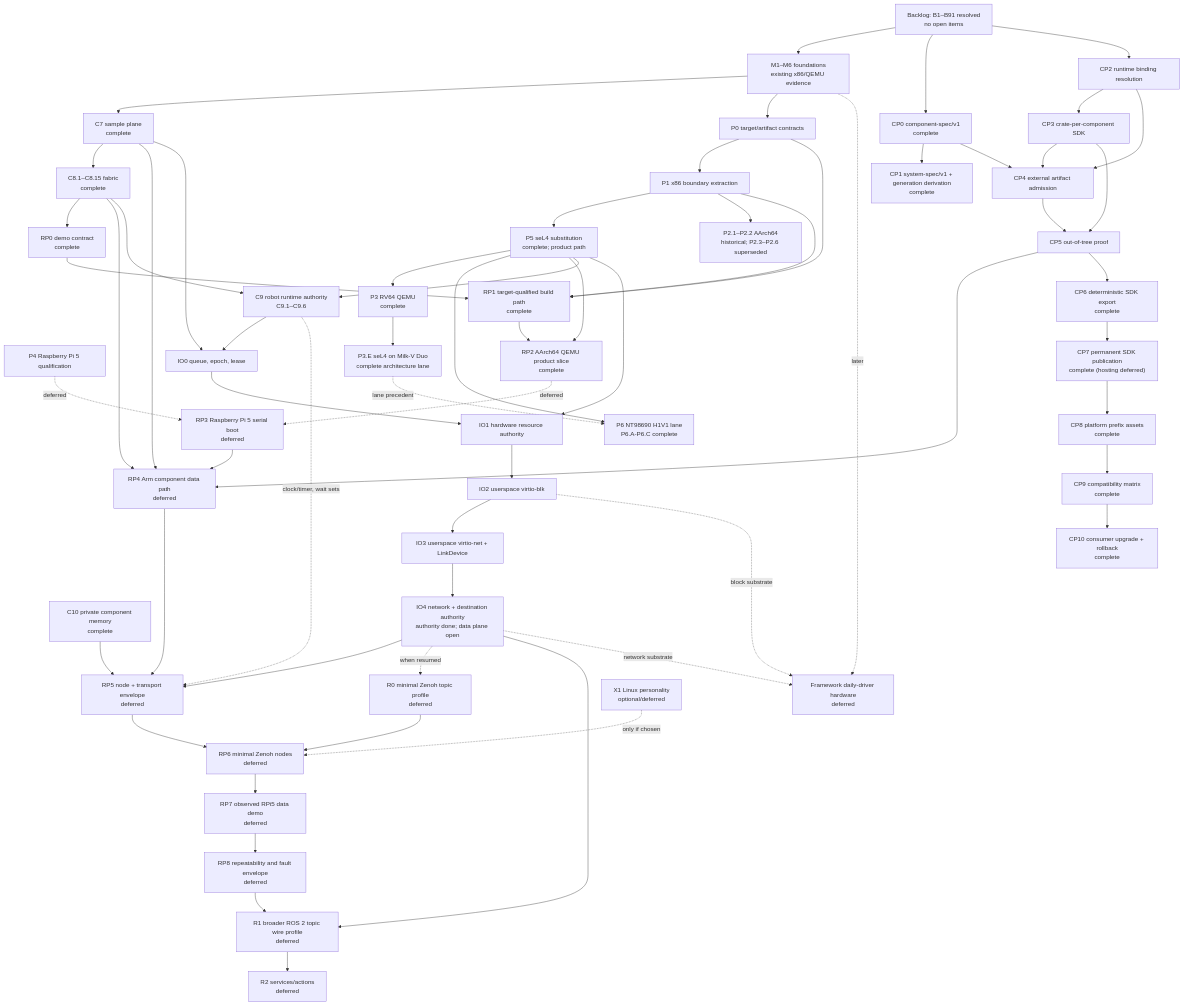
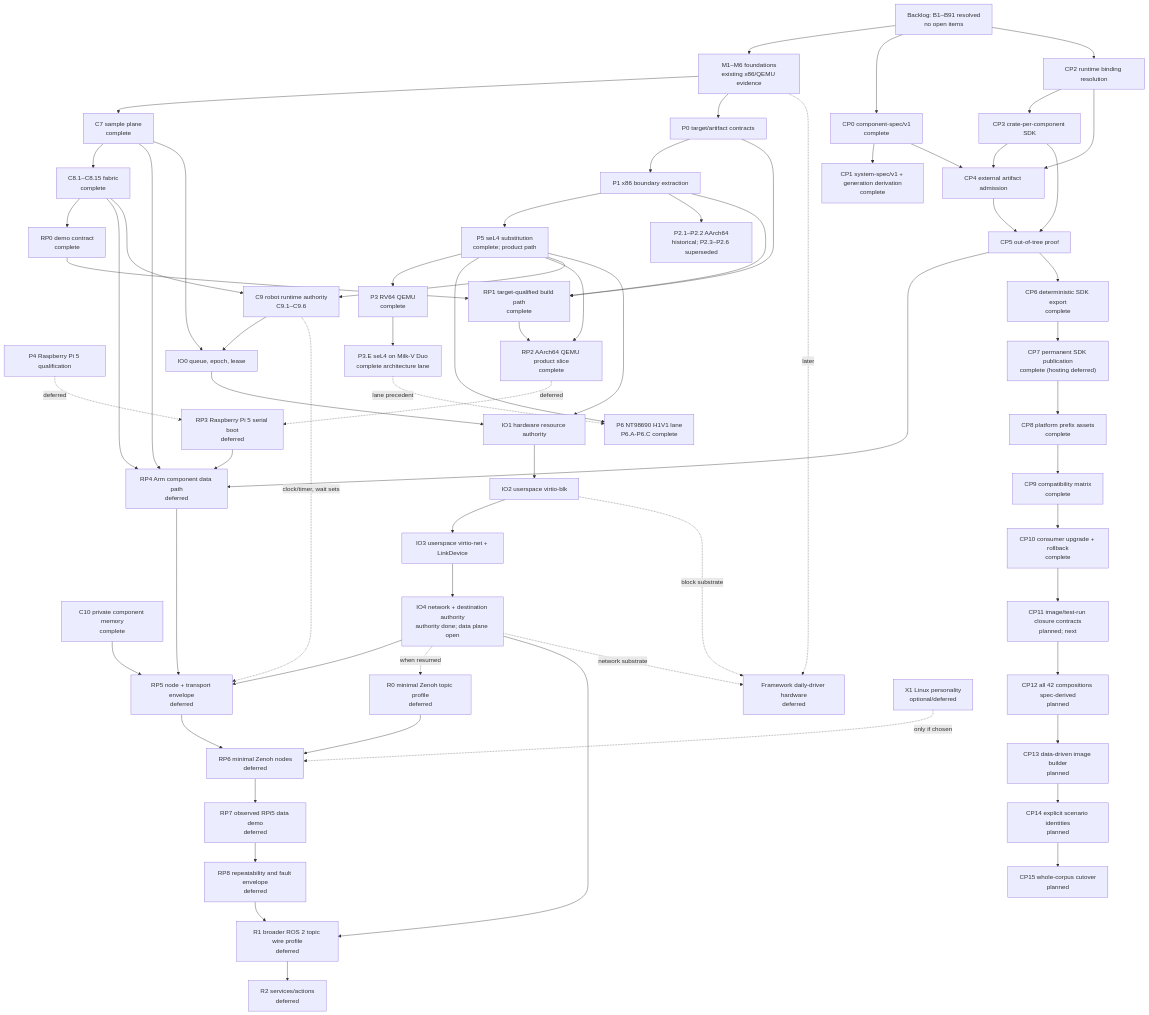
Before and after one commit to iceice666/slime_os: the diagram in roadmap/README.md, drawn with Mermaid. The commit also changed other lines of this file and 454 other files, not shown here.

```diff
--- a/roadmap/README.md
+++ b/roadmap/README.md
@@ -71,6 +71,11 @@
     CP8["CP8 platform prefix assets\ncomplete"]
     CP9["CP9 compatibility matrix\ncomplete"]
     CP10["CP10 consumer upgrade + rollback\ncomplete"]
+    CP11["CP11 image/test-run closure contracts\nplanned; next"]
+    CP12["CP12 all 42 compositions spec-derived\nplanned"]
+    CP13["CP13 data-driven image builder\nplanned"]
+    CP14["CP14 explicit scenario identities\nplanned"]
+    CP15["CP15 whole-corpus cutover\nplanned"]
     R0["R0 minimal Zenoh topic profile\ndeferred"]
     RP0["RP0 demo contract\ncomplete"]
     RP1["RP1 target-qualified build path\ncomplete"]
@@ -114,7 +119,7 @@
     CP3 --> CP5
     CP4 --> CP5
     CP5 --> RP4
-    CP5 --> CP6 --> CP7 --> CP8 --> CP9 --> CP10
+    CP5 --> CP6 --> CP7 --> CP8 --> CP9 --> CP10 --> CP11 --> CP12 --> CP13 --> CP14 --> CP15
     C8 --> C9
     P5 --> C9
     C10 --> RP5
```
